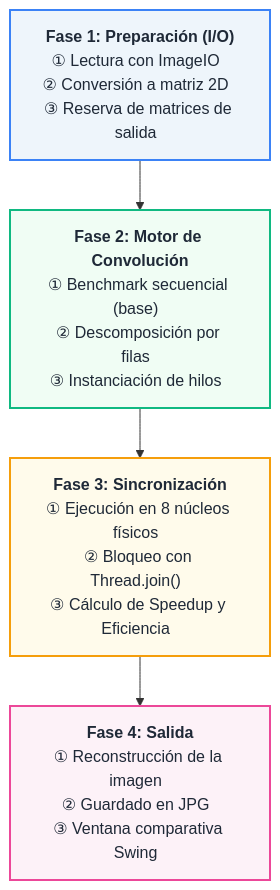
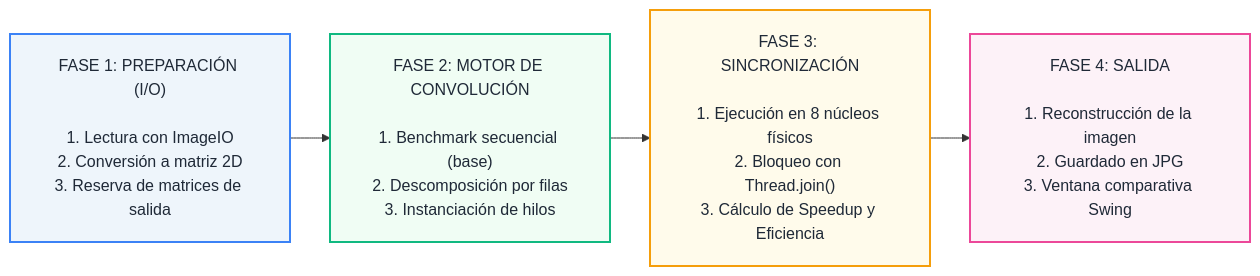
Before and after one commit to elsebasdev1/image_convolution_parallel_processing: the diagram in README.md, drawn with Mermaid.

````diff
--- a/README.md
+++ b/README.md
@@ -23,14 +23,15 @@
 ```mermaid
-graph TB
-    A1["<b>Fase 1: Preparación (I/O)</b><br/>① Lectura con ImageIO&nbsp;&nbsp;<br/>② Conversión a matriz 2D&nbsp;&nbsp;<br/>③ Reserva de matrices de salida&nbsp;&nbsp;"]
-    B1["<b>Fase 2: Motor de Convolución</b><br/>① Benchmark secuencial (base)&nbsp;&nbsp;<br/>② Descomposición por filas&nbsp;&nbsp;<br/>③ Instanciación de hilos&nbsp;&nbsp;"]
-    C1["<b>Fase 3: Sincronización</b><br/>① Ejecución en 8 núcleos físicos&nbsp;&nbsp;<br/>② Bloqueo con Thread.join()&nbsp;&nbsp;<br/>③ Cálculo de Speedup y Eficiencia&nbsp;&nbsp;"]
-    D1["<b>Fase 4: Salida</b><br/>① Reconstrucción de la imagen&nbsp;&nbsp;<br/>② Guardado en JPG&nbsp;&nbsp;<br/>③ Ventana comparativa Swing&nbsp;&nbsp;"]
+%%{init: {"flowchart": {"htmlLabels": false, "padding": 20, "nodeSpacing": 40, "rankSpacing": 40}}}%%
+graph LR
+    A1["FASE 1: PREPARACIÓN (I/O)<br/><br/>1. Lectura con ImageIO<br/>2. Conversión a matriz 2D<br/>3. Reserva de matrices de salida"]
+    B1["FASE 2: MOTOR DE CONVOLUCIÓN<br/><br/>1. Benchmark secuencial (base)<br/>2. Descomposición por filas<br/>3. Instanciación de hilos"]
+    C1["FASE 3: SINCRONIZACIÓN<br/><br/>1. Ejecución en 8 núcleos físicos<br/>2. Bloqueo con Thread.join()<br/>3. Cálculo de Speedup y Eficiencia"]
+    D1["FASE 4: SALIDA<br/><br/>1. Reconstrucción de la imagen<br/>2. Guardado en JPG<br/>3. Ventana comparativa Swing"]
 
     A1 --> B1 --> C1 --> D1
 
     style A1 fill:#eef5fb,stroke:#3b82f6,stroke-width:2px,color:#1f2937
     style B1 fill:#f0fdf4,stroke:#10b981,stroke-width:2px,color:#1f2937
     style C1 fill:#fffbeb,stroke:#f59e0b,stroke-width:2px,color:#1f2937
     style D1 fill:#fdf2f8,stroke:#ec4899,stroke-width:2px,color:#1f2937
 ```
````
